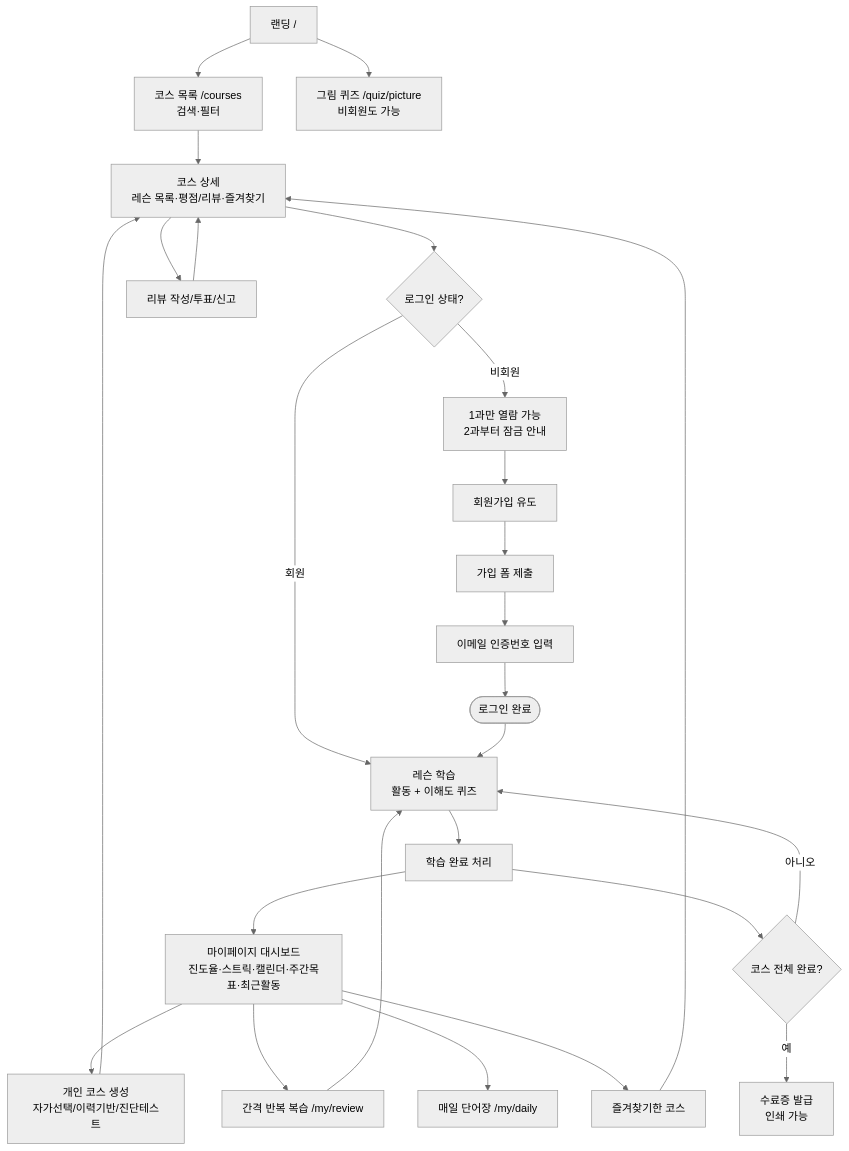
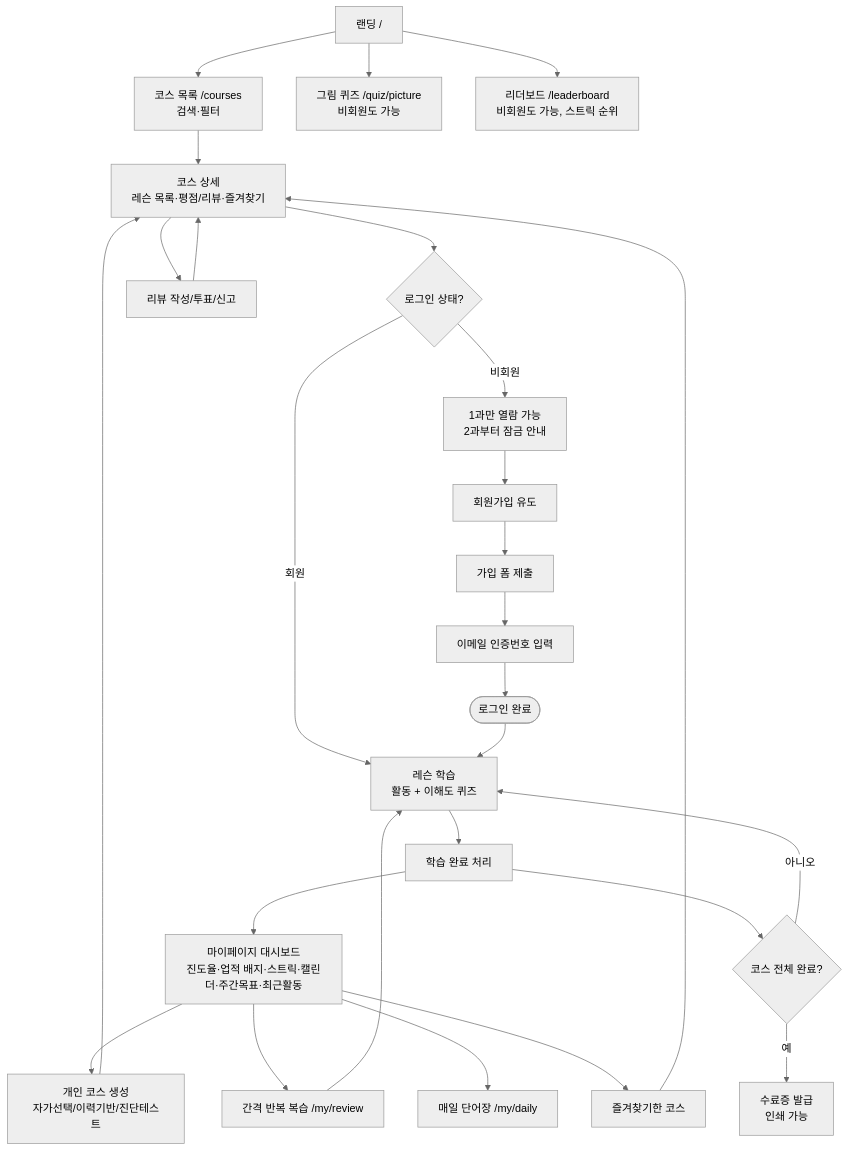
The diagram in docs/PRODUCT.md (luminFrost/eduplatform), drawn with Mermaid (neutral theme) before and after one commit. The commit also changed other lines of this file and 3 other files, not shown here.

````diff
--- a/docs/PRODUCT.md
+++ b/docs/PRODUCT.md
@@ -125,31 +130,32 @@
 ```mermaid
 flowchart TD
     Landing["랜딩 /"] --> CourseList["코스 목록 /courses<br/>검색·필터"]
     CourseList --> CourseDetail["코스 상세<br/>레슨 목록·평점/리뷰·즐겨찾기"]
     CourseDetail --> AuthCheck{"로그인 상태?"}
     AuthCheck -- 비회원 --> FirstLessonOnly["1과만 열람 가능<br/>2과부터 잠금 안내"]
     FirstLessonOnly --> SignupPrompt["회원가입 유도"]
     AuthCheck -- 회원 --> LessonPage["레슨 학습<br/>활동 + 이해도 퀴즈"]
 
     SignupPrompt --> SignupForm["가입 폼 제출"]
     SignupForm --> EmailVerify["이메일 인증번호 입력"]
     EmailVerify --> LoggedIn(["로그인 완료"])
     LoggedIn --> LessonPage
 
     LessonPage --> Complete["학습 완료 처리"]
-    Complete --> Dashboard["마이페이지 대시보드<br/>진도율·스트릭·캘린더·주간목표·최근활동"]
+    Complete --> Dashboard["마이페이지 대시보드<br/>진도율·업적 배지·스트릭·캘린더·주간목표·최근활동"]
     Complete --> CourseFullyDone{"코스 전체 완료?"}
     CourseFullyDone -- 예 --> Certificate["수료증 발급<br/>인쇄 가능"]
     CourseFullyDone -- 아니오 --> LessonPage
     Dashboard --> Personal["개인 코스 생성<br/>자가선택/이력기반/진단테스트"]
     Dashboard --> Review["간격 반복 복습 /my/review"]
     Dashboard --> Daily["매일 단어장 /my/daily"]
     Dashboard --> Bookmarks["즐겨찾기한 코스"]
     Personal --> CourseDetail
     Review --> LessonPage
     Bookmarks --> CourseDetail
     CourseDetail --> WriteReview["리뷰 작성/투표/신고"]
     WriteReview --> CourseDetail
 
     Landing --> PictureQuiz["그림 퀴즈 /quiz/picture<br/>비회원도 가능"]
+    Landing --> Leaderboard["리더보드 /leaderboard<br/>비회원도 가능, 스트릭 순위"]
 ```
````
